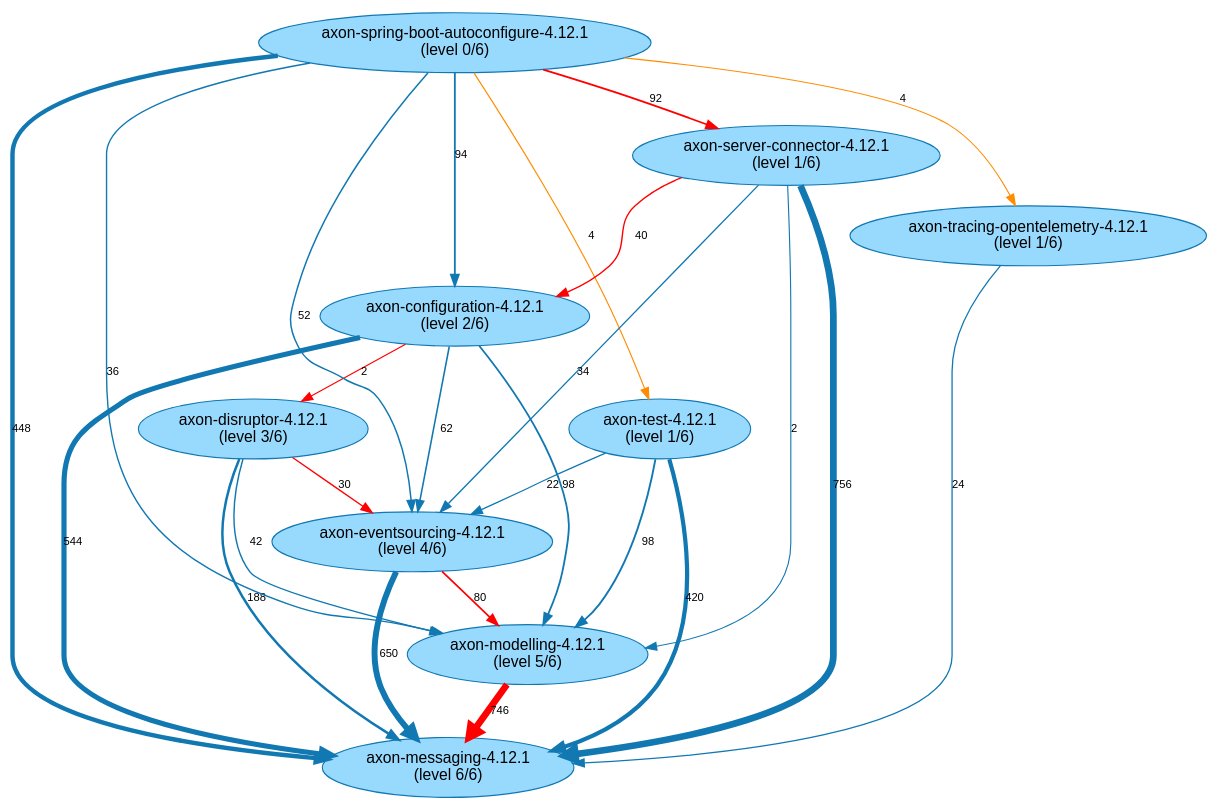
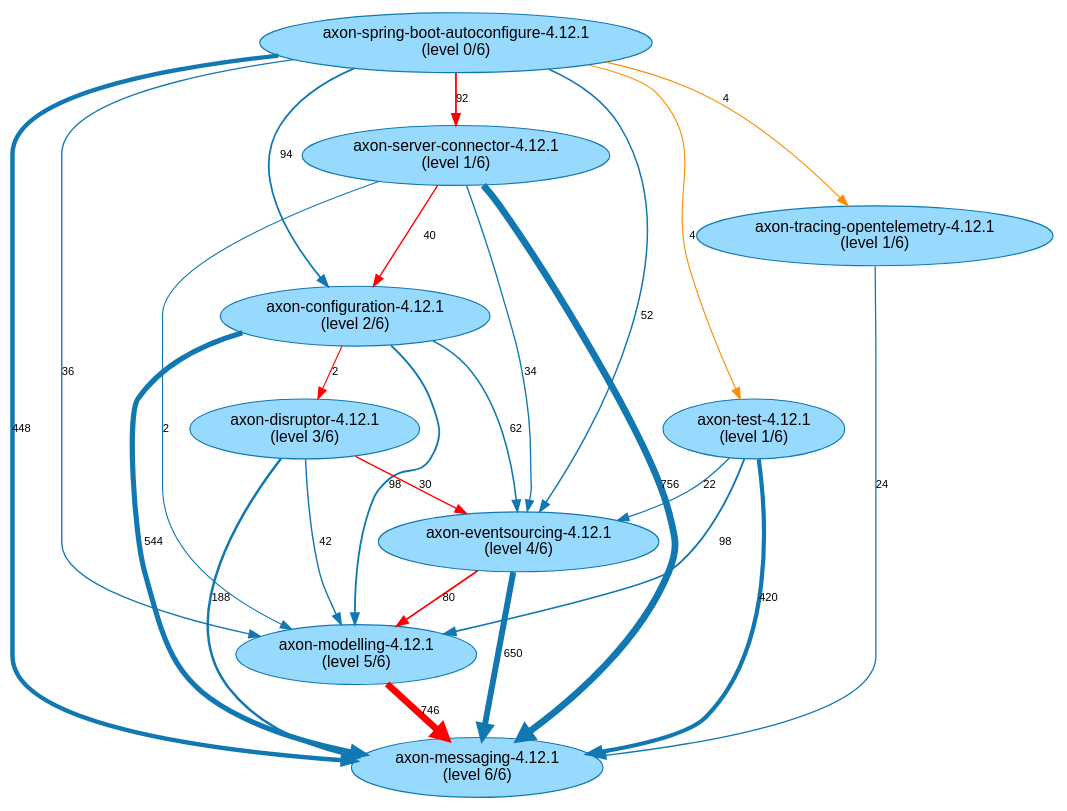
The diagram in analysis-results/AxonFramework/AxonFramework-4.12.1/path-finding-visualization/JavaArtifactLongestPaths.gv (JohT/code-graph-analysis-examples), drawn with Graphviz before and after one commit. The commit also changed other lines of this file and 431 other files, not shown here.

```diff
--- a/analysis-results/AxonFramework/AxonFramework-4.12.1/path-finding-visualization/JavaArtifactLongestPaths.gv
+++ b/analysis-results/AxonFramework/AxonFramework-4.12.1/path-finding-visualization/JavaArtifactLongestPaths.gv
@@ -1,37 +1,37 @@
 // This GraphViz dot file was generated by the script convertQueryResultCsvToGraphVizDotFile.sh with default.template
 
 strict digraph JavaArtifactLongestPaths {
     fontname = "Helvetica,Arial,sans-serif";
     node [fontname = "Helvetica,Arial,sans-serif";];
     edge [fontname = "Helvetica,Arial,sans-serif"; fontsize = 10;];
     node [style = filled; fillcolor = "0.560 0.400 0.999";];
     node [color = "0.560 0.900 0.700";];
     edge [color = "0.560 0.900 0.700";];
 	"axon-configuration-4.12.1\n(level 2/6)" -> "axon-messaging-4.12.1\n(level 6/6)" [label=544; penwidth=4.59; ];
 	"axon-configuration-4.12.1\n(level 2/6)" -> "axon-eventsourcing-4.12.1\n(level 4/6)" [label=62; penwidth=1.4; ];
 	"axon-configuration-4.12.1\n(level 2/6)" -> "axon-modelling-4.12.1\n(level 5/6)" [label=98; penwidth=1.64; ];
 	"axon-configuration-4.12.1\n(level 2/6)" -> "axon-disruptor-4.12.1\n(level 3/6)" [label=2; penwidth=1.0; color="red"; ];
-	"axon-spring-boot-autoconfigure-4.12.1\n(level 0/6)" -> "axon-tracing-opentelemetry-4.12.1\n(level 1/6)" [label=4; penwidth=1.01; ];
+	"axon-spring-boot-autoconfigure-4.12.1\n(level 0/6)" -> "axon-eventsourcing-4.12.1\n(level 4/6)" [label=52; penwidth=1.33; ];
 	"axon-spring-boot-autoconfigure-4.12.1\n(level 0/6)" -> "axon-messaging-4.12.1\n(level 6/6)" [label=448; penwidth=3.96; ];
 	"axon-spring-boot-autoconfigure-4.12.1\n(level 0/6)" -> "axon-configuration-4.12.1\n(level 2/6)" [label=94; penwidth=1.61; ];
-	"axon-spring-boot-autoconfigure-4.12.1\n(level 0/6)" -> "axon-eventsourcing-4.12.1\n(level 4/6)" [label=52; penwidth=1.33; ];
 	"axon-spring-boot-autoconfigure-4.12.1\n(level 0/6)" -> "axon-server-connector-4.12.1\n(level 1/6)" [label=92; penwidth=1.6; color="red"; ];
 	"axon-spring-boot-autoconfigure-4.12.1\n(level 0/6)" -> "axon-modelling-4.12.1\n(level 5/6)" [label=36; penwidth=1.23; ];
 	"axon-spring-boot-autoconfigure-4.12.1\n(level 0/6)" -> "axon-test-4.12.1\n(level 1/6)" [label=4; penwidth=1.01; ];
+	"axon-spring-boot-autoconfigure-4.12.1\n(level 0/6)" -> "axon-tracing-opentelemetry-4.12.1\n(level 1/6)" [label=4; penwidth=1.01; ];
 	"axon-tracing-opentelemetry-4.12.1\n(level 1/6)" -> "axon-messaging-4.12.1\n(level 6/6)" [label=24; penwidth=1.15; ];
 	"axon-eventsourcing-4.12.1\n(level 4/6)" -> "axon-messaging-4.12.1\n(level 6/6)" [label=650; penwidth=5.3; ];
 	"axon-eventsourcing-4.12.1\n(level 4/6)" -> "axon-modelling-4.12.1\n(level 5/6)" [label=80; penwidth=1.52; color="red"; ];
 	"axon-server-connector-4.12.1\n(level 1/6)" -> "axon-messaging-4.12.1\n(level 6/6)" [label=756; penwidth=6.0; ];
+	"axon-server-connector-4.12.1\n(level 1/6)" -> "axon-eventsourcing-4.12.1\n(level 4/6)" [label=34; penwidth=1.21; ];
 	"axon-server-connector-4.12.1\n(level 1/6)" -> "axon-configuration-4.12.1\n(level 2/6)" [label=40; penwidth=1.25; color="red"; ];
-	"axon-server-connector-4.12.1\n(level 1/6)" -> "axon-eventsourcing-4.12.1\n(level 4/6)" [label=34; penwidth=1.21; ];
 	"axon-server-connector-4.12.1\n(level 1/6)" -> "axon-modelling-4.12.1\n(level 5/6)" [label=2; penwidth=1.0; ];
 	"axon-modelling-4.12.1\n(level 5/6)" -> "axon-messaging-4.12.1\n(level 6/6)" [label=746; penwidth=5.93; color="red"; ];
 	"axon-disruptor-4.12.1\n(level 3/6)" -> "axon-messaging-4.12.1\n(level 6/6)" [label=188; penwidth=2.23; ];
+	"axon-disruptor-4.12.1\n(level 3/6)" -> "axon-modelling-4.12.1\n(level 5/6)" [label=42; penwidth=1.27; ];
 	"axon-disruptor-4.12.1\n(level 3/6)" -> "axon-eventsourcing-4.12.1\n(level 4/6)" [label=30; penwidth=1.19; color="red"; ];
-	"axon-disruptor-4.12.1\n(level 3/6)" -> "axon-modelling-4.12.1\n(level 5/6)" [label=42; penwidth=1.27; ];
 	"axon-test-4.12.1\n(level 1/6)" -> "axon-messaging-4.12.1\n(level 6/6)" [label=420; penwidth=3.77; ];
 	"axon-test-4.12.1\n(level 1/6)" -> "axon-modelling-4.12.1\n(level 5/6)" [label=98; penwidth=1.64; ];
 	"axon-test-4.12.1\n(level 1/6)" -> "axon-eventsourcing-4.12.1\n(level 4/6)" [label=22; penwidth=1.13; ];
 	"axon-spring-boot-autoconfigure-4.12.1\n(level 0/6)" -> "axon-tracing-opentelemetry-4.12.1\n(level 1/6)" [label=4; penwidth=1.01; color="darkorange"; ];
 	"axon-spring-boot-autoconfigure-4.12.1\n(level 0/6)" -> "axon-test-4.12.1\n(level 1/6)" [label=4; penwidth=1.01; color="darkorange"; ];
 }
```
